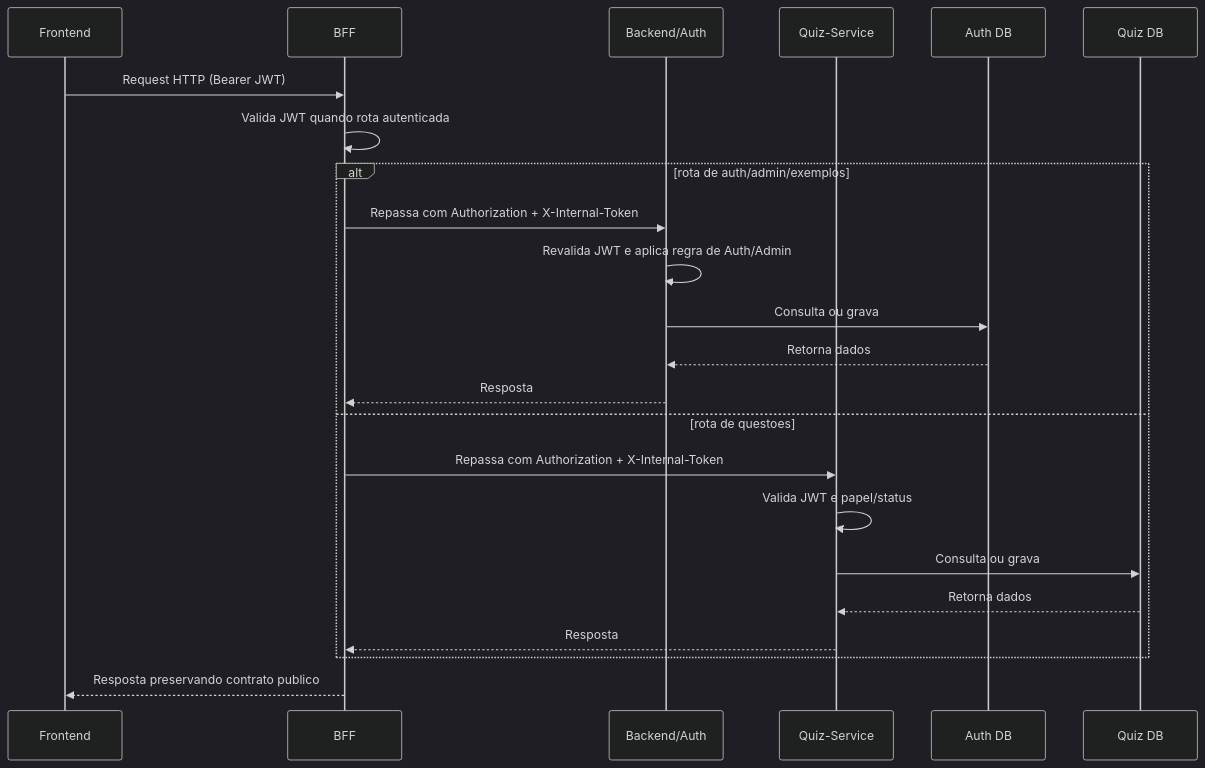
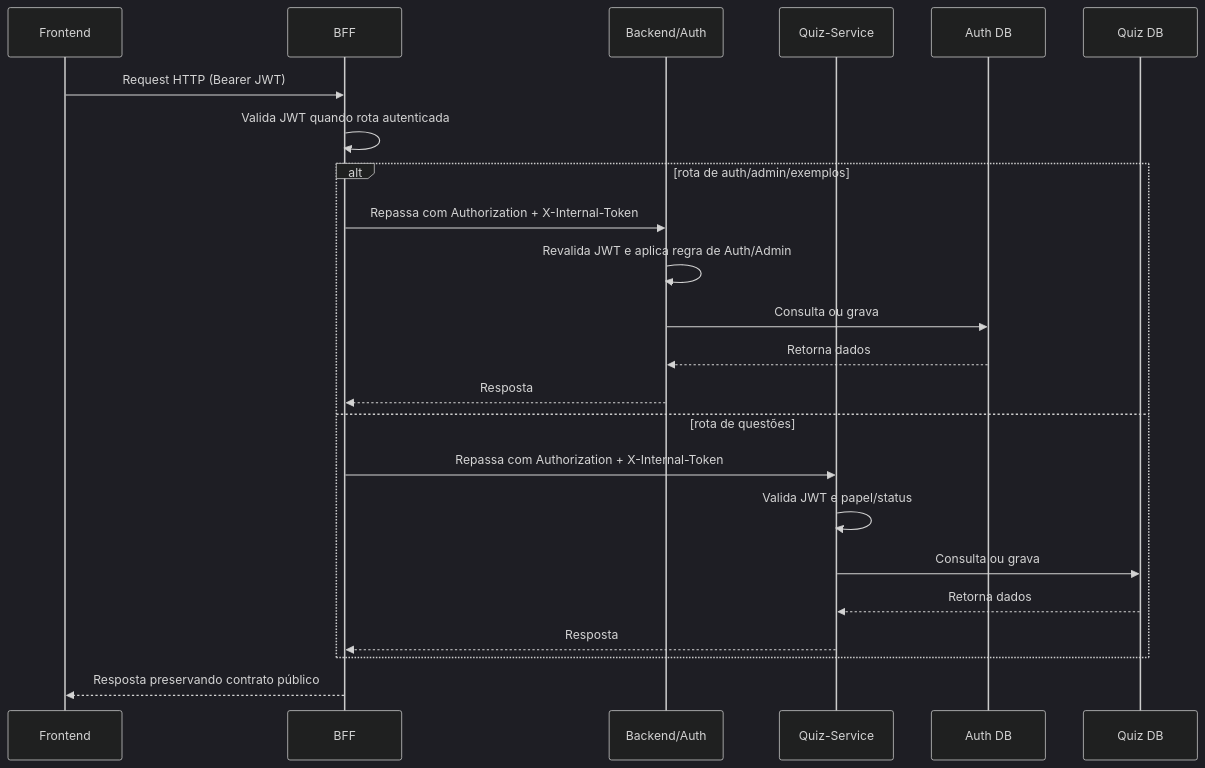
Before and after one commit to fga-eps-mds/2026-1-AnatoQuizUp-Doc: the diagram in docs/arquitetura/visoes/logica.md, drawn with Mermaid (dark theme). The commit also changed other lines of this file and 8 other files, not shown here.

````diff
--- a/docs/arquitetura/visoes/logica.md
+++ b/docs/arquitetura/visoes/logica.md
@@ -59,26 +59,26 @@
 ```mermaid
 sequenceDiagram
     participant F as Frontend
     participant B as BFF
     participant A as Backend/Auth
     participant Q as Quiz-Service
     participant DBAuth as Auth DB
     participant DBQuiz as Quiz DB
 
     F->>B: Request HTTP (Bearer JWT)
     B->>B: Valida JWT quando rota autenticada
     alt rota de auth/admin/exemplos
         B->>A: Repassa com Authorization + X-Internal-Token
         A->>A: Revalida JWT e aplica regra de Auth/Admin
         A->>DBAuth: Consulta ou grava
         DBAuth-->>A: Retorna dados
         A-->>B: Resposta
-    else rota de questoes
+    else rota de questões
         B->>Q: Repassa com Authorization + X-Internal-Token
         Q->>Q: Valida JWT e papel/status
         Q->>DBQuiz: Consulta ou grava
         DBQuiz-->>Q: Retorna dados
         Q-->>B: Resposta
     end
-    B-->>F: Resposta preservando contrato publico
+    B-->>F: Resposta preservando contrato público
 ```
````
